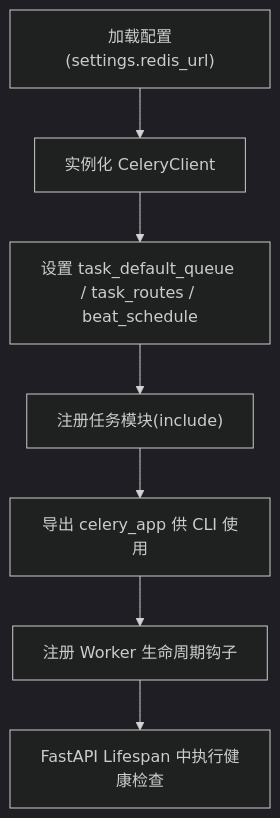
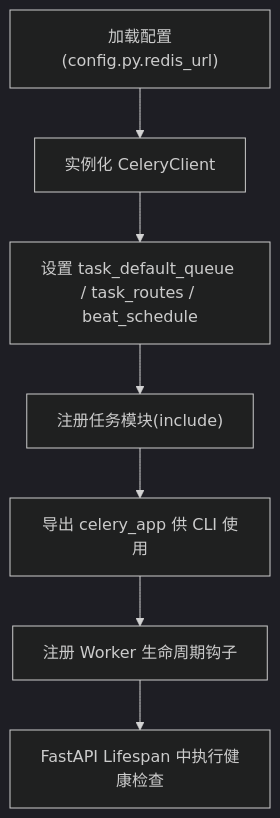
Before and after one commit to lilinzezzzzzz/fastapi-backend: the fourth of 7 diagrams in .qoder/repowiki/zh/content/任务调度系统/Celery分布式任务.md, drawn with Mermaid (dark theme). The commit also changed other lines of this file and 38 other files, not shown here.

````diff
--- a/.qoder/repowiki/zh/content/任务调度系统/Celery分布式任务.md
+++ b/.qoder/repowiki/zh/content/任务调度系统/Celery分布式任务.md
@@ -179,9 +197,9 @@
 ```mermaid
 flowchart TD
-A["加载配置(settings.redis_url)"] --> B["实例化 CeleryClient"]
+A["加载配置(config.py.redis_url)"] --> B["实例化 CeleryClient"]
 B --> C["设置 task_default_queue / task_routes / beat_schedule"]
 C --> D["注册任务模块(include)"]
 D --> E["导出 celery_app 供 CLI 使用"]
 E --> F["注册 Worker 生命周期钩子"]
 F --> G["FastAPI Lifespan 中执行健康检查"]
 ```
````
